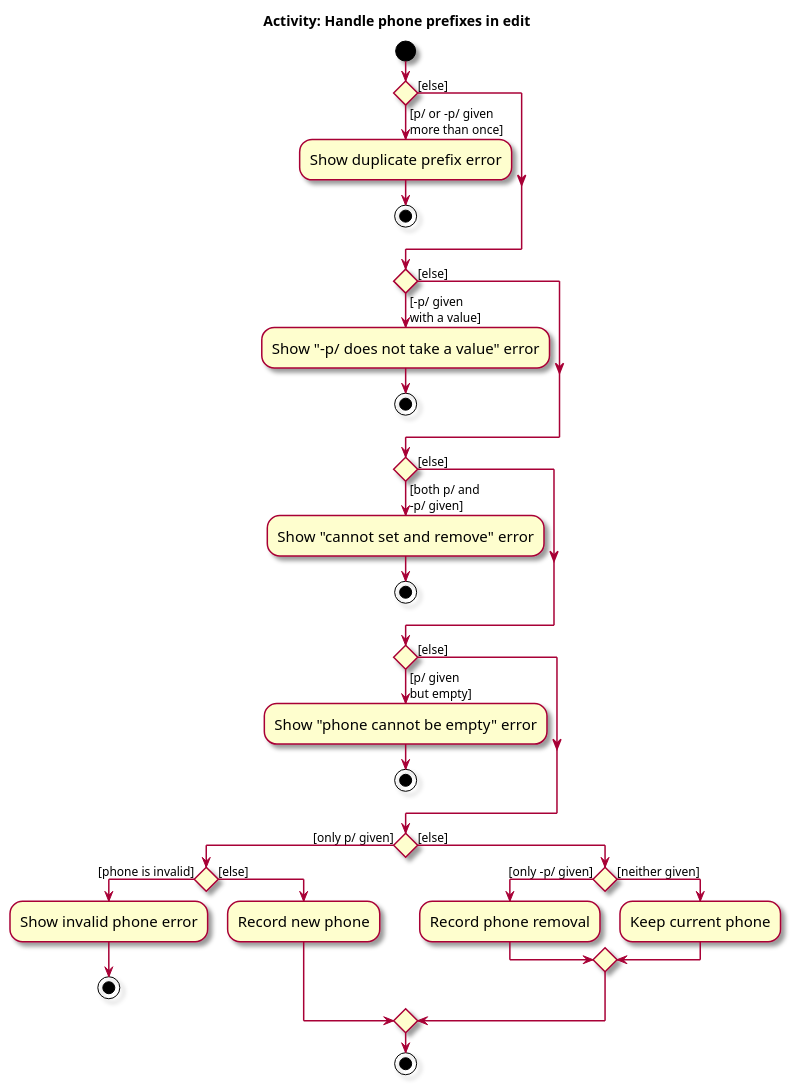
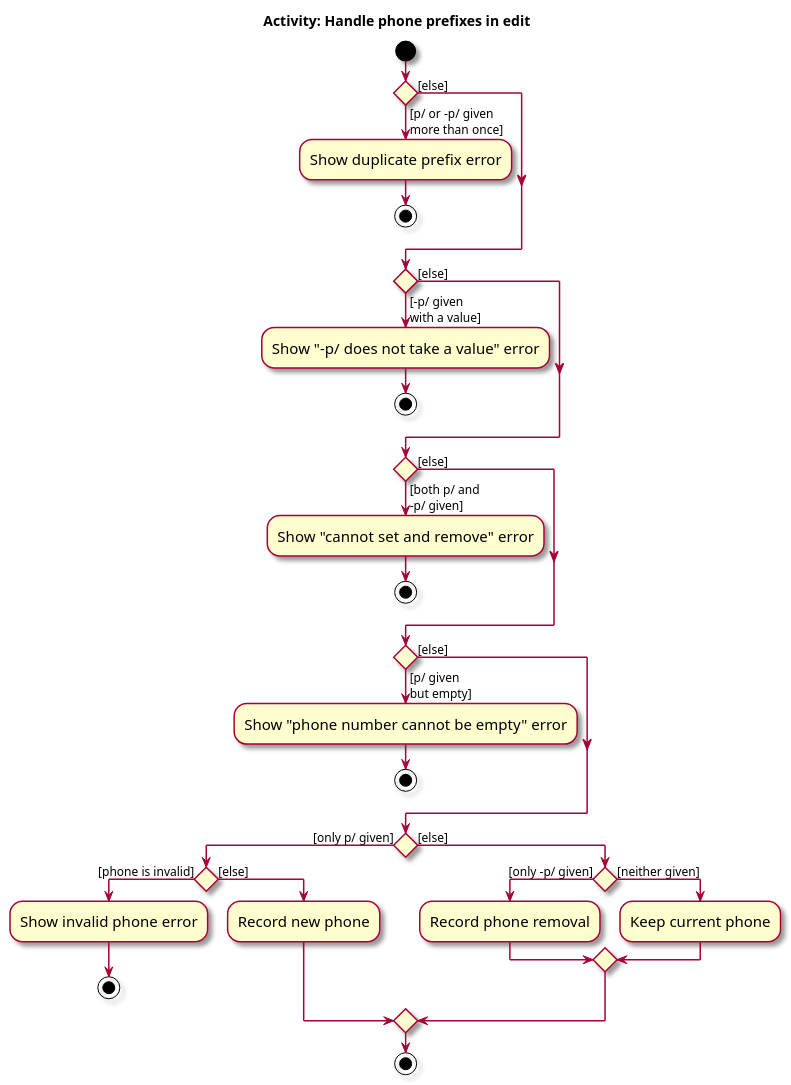
One commit to AY2627S1-CS2103T-W10-2/tp changed the diagram in docs/diagrams/EditPhoneActivityDiagram.puml. Above: the diagram before and after it, drawn with PlantUML. The commit also changed 1 other file, not shown here.

Commit message:
DG: Quote real empty-phone error in edit diagram
The edit phone activity diagram labels the empty-phone error as
"phone cannot be empty", but edit shows "Phone number cannot be
empty". A quoted label reads as the exact message, so let's quote the
message the user sees.

```diff
--- a/docs/diagrams/EditPhoneActivityDiagram.puml
+++ b/docs/diagrams/EditPhoneActivityDiagram.puml
@@ -1,49 +1,49 @@
 @startuml
 skin rose
 skinparam ActivityFontSize 15
 skinparam ArrowFontSize 12
 title Activity: Handle phone prefixes in edit
 
 start
 
 if () then ([p/ or -p/ given\nmore than once])
     :Show duplicate prefix error;
     stop
 else ([else])
 endif
 
 if () then ([-p/ given\nwith a value])
     :Show "-p/ does not take a value" error;
     stop
 else ([else])
 endif
 
 if () then ([both p/ and\n-p/ given])
     :Show "cannot set and remove" error;
     stop
 else ([else])
 endif
 
 if () then ([p/ given\nbut empty])
-    :Show "phone cannot be empty" error;
+    :Show "phone number cannot be empty" error;
     stop
 else ([else])
 endif
 
 if () then ([only p/ given])
     if () then ([phone is invalid])
         :Show invalid phone error;
         stop
     else ([else])
         :Record new phone;
     endif
 else ([else])
     if () then ([only -p/ given])
         :Record phone removal;
     else ([neither given])
         :Keep current phone;
     endif
 endif
 
 stop
 @enduml
```
